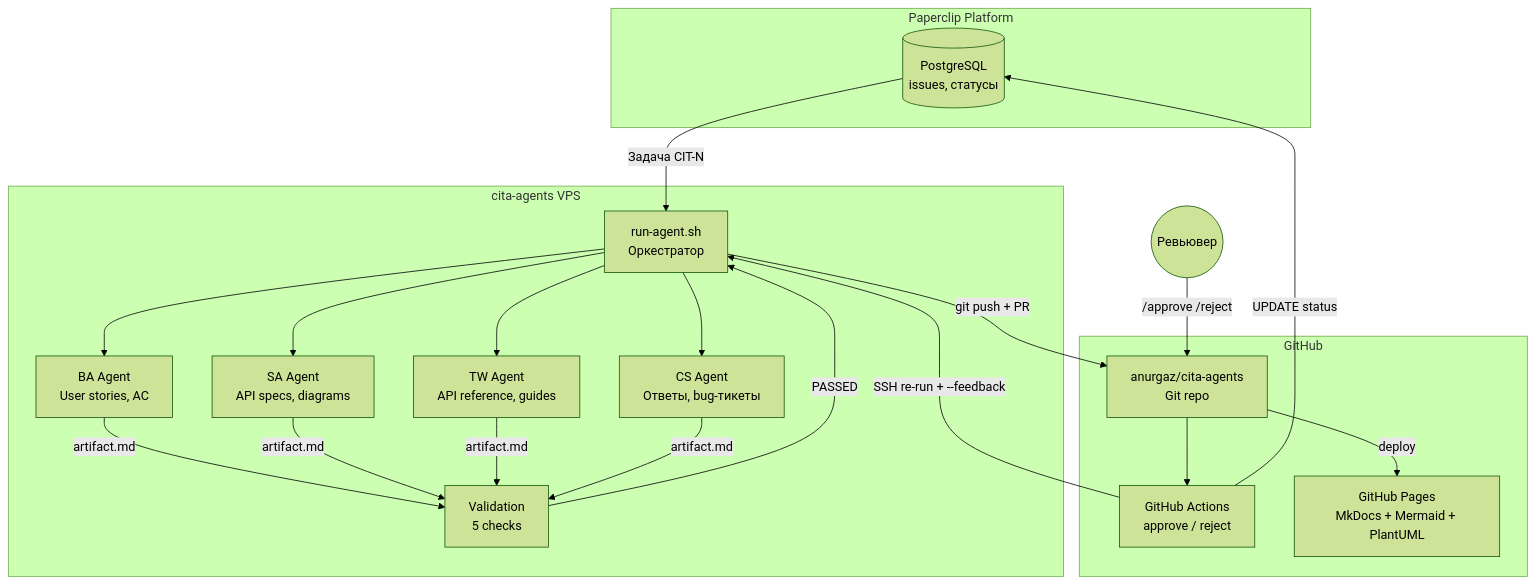
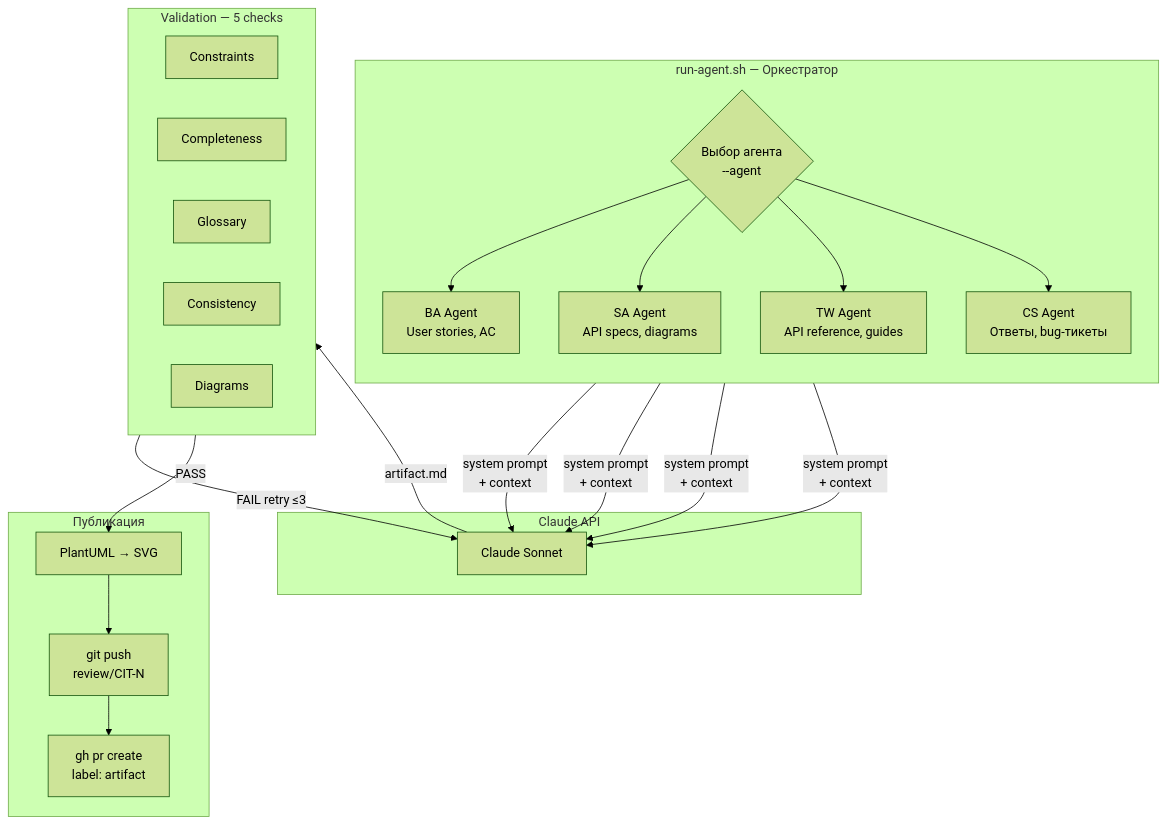
Before and after one commit to anurgaz/cita-agents: the second of 4 diagrams in README.md, drawn with Mermaid (forest theme). The commit also changed other lines of this file, not shown here.

Commit message:
docs: split architecture into high-level + VPS internals diagrams

````diff
--- a/README.md
+++ b/README.md
@@ -48,34 +25,35 @@
 ```mermaid
 graph TB
-    subgraph Paperclip["Paperclip Platform"]
-        PDB[(PostgreSQL<br/>issues, статусы)]
+    subgraph Pipeline["run-agent.sh — Оркестратор"]
+        direction TB
+        Select{"Выбор агента<br/>--agent"}
+        Select --> BA["BA Agent<br/>User stories, AC"]
+        Select --> SA["SA Agent<br/>API specs, diagrams"]
+        Select --> TW["TW Agent<br/>API reference, guides"]
+        Select --> CS["CS Agent<br/>Ответы, bug-тикеты"]
     end
 
-    subgraph VPS["cita-agents VPS"]
-        Pipeline["run-agent.sh<br/>Оркестратор"]
-        BA["BA Agent<br/>User stories, AC"]
-        SA["SA Agent<br/>API specs, diagrams"]
-        TW["TW Agent<br/>API reference, guides"]
-        CS["CS Agent<br/>Ответы, bug-тикеты"]
-        VAL["Validation<br/>5 checks"]
+    subgraph LLM["Claude API"]
+        Sonnet["Claude Sonnet"]
     end
 
-    subgraph GitHub
-        Repo["anurgaz/cita-agents<br/>Git repo"]
-        Actions["GitHub Actions<br/>approve / reject"]
-        Pages["GitHub Pages<br/>MkDocs + Mermaid + PlantUML"]
+    subgraph Val["Validation — 5 checks"]
+        V1["Constraints"]
+        V2["Completeness"]
+        V3["Glossary"]
+        V4["Consistency"]
+        V5["Diagrams"]
     end
 
-    Reviewer((Ревьювер))
+    subgraph Publish["Публикация"]
+        Render["PlantUML → SVG"]
+        Git["git push<br/>review/CIT-N"]
+        PR["gh pr create<br/>label: artifact"]
+    end
 
-    PDB -->|"Задача CIT-N"| Pipeline
-    Pipeline --> BA & SA & TW & CS
-    BA & SA & TW & CS -->|"artifact.md"| VAL
-    VAL -->|"PASSED"| Pipeline
-    Pipeline -->|"git push + PR"| Repo
-    Reviewer -->|"/approve /reject"| Repo
-    Repo --> Actions
-    Actions -->|"SSH re-run + --feedback"| Pipeline
-    Actions -->|"UPDATE status"| PDB
-    Repo -->|"deploy"| Pages
+    BA & SA & TW & CS -->|"system prompt<br/>+ context"| Sonnet
+    Sonnet -->|"artifact.md"| Val
+    Val -->|"FAIL retry ≤3"| Sonnet
+    Val -->|"PASS"| Render
+    Render --> Git --> PR
 ```
````
